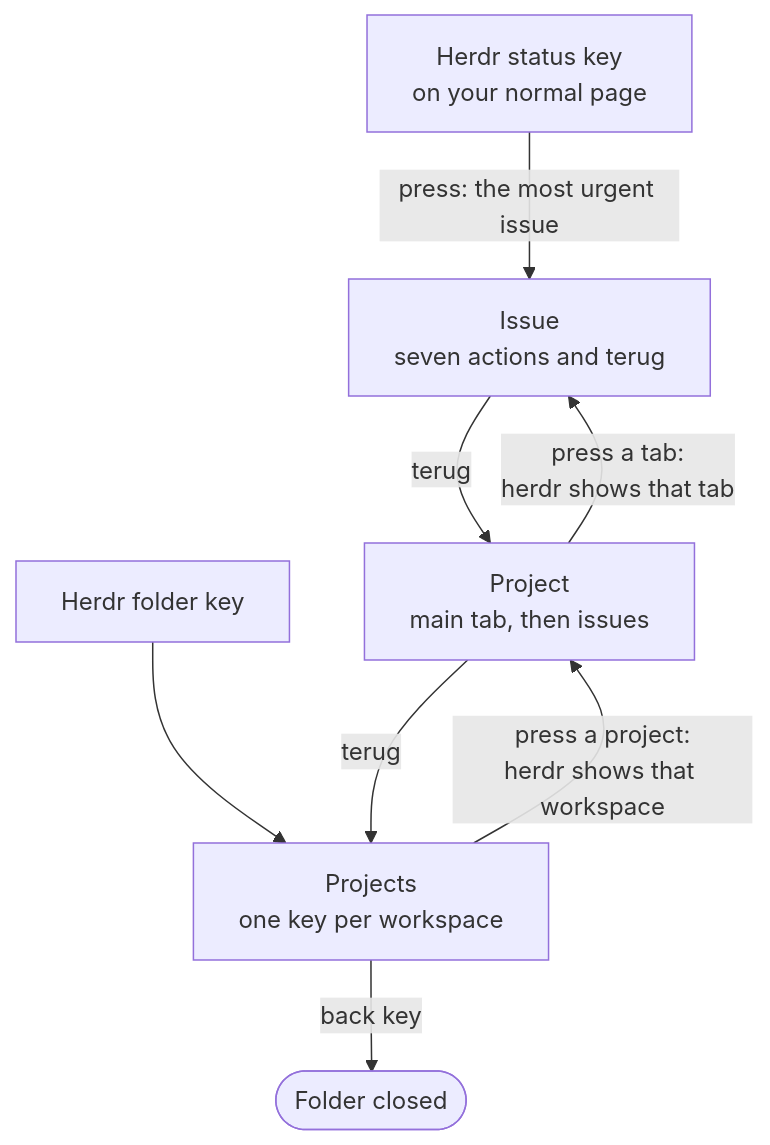
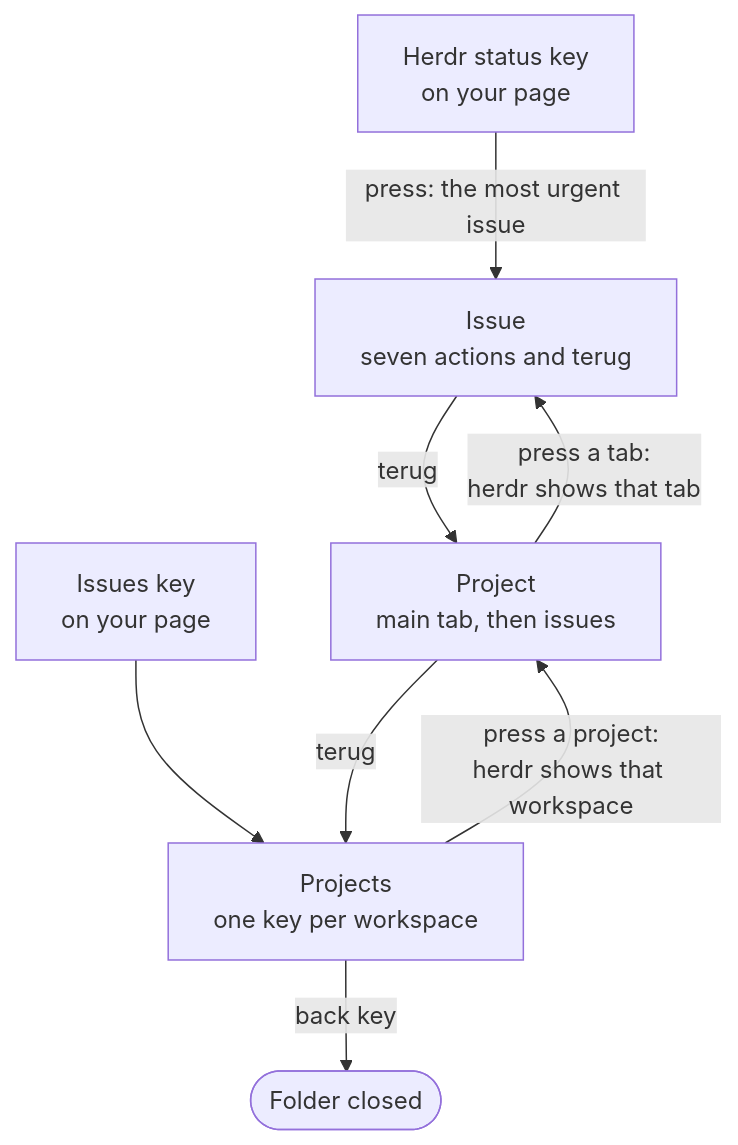
Before and after one commit to PieterLuypaert/helm: the first of 7 diagrams in docs/flows.md, drawn with Mermaid. The commit also changed other lines of this file and 4 other files, not shown here.

````diff
--- a/docs/flows.md
+++ b/docs/flows.md
@@ -37,10 +47,10 @@
 ```mermaid
 flowchart TD
-    status["Herdr status key<br/>on your normal page"] -->|"press: the most urgent issue"| issue
-    key["Herdr folder key"] --> projects["Projects<br/>one key per workspace"]
+    status["Herdr status key<br/>on your page"] -->|"press: the most urgent issue"| issue
+    key["Issues key<br/>on your page"] --> projects["Projects<br/>one key per workspace"]
     projects -->|"press a project:<br/>herdr shows that workspace"| project["Project<br/>main tab, then issues"]
     project -->|"press a tab:<br/>herdr shows that tab"| issue["Issue<br/>seven actions and terug"]
     issue -->|terug| project
     project -->|terug| projects
     projects -->|back key| closed(["Folder closed"])
 ```
````
